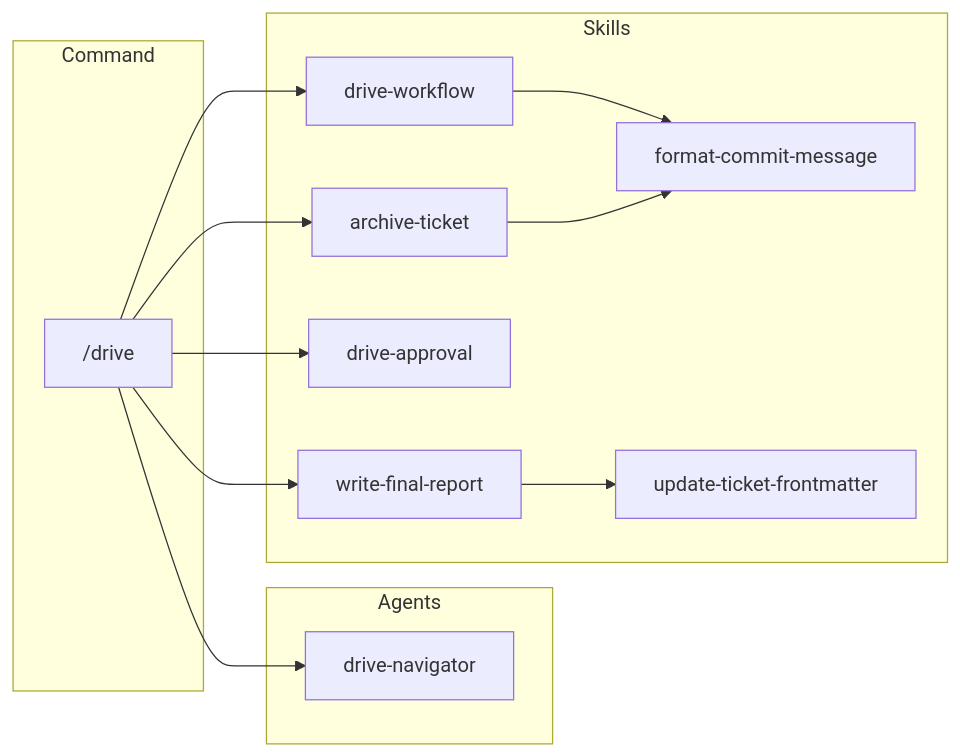
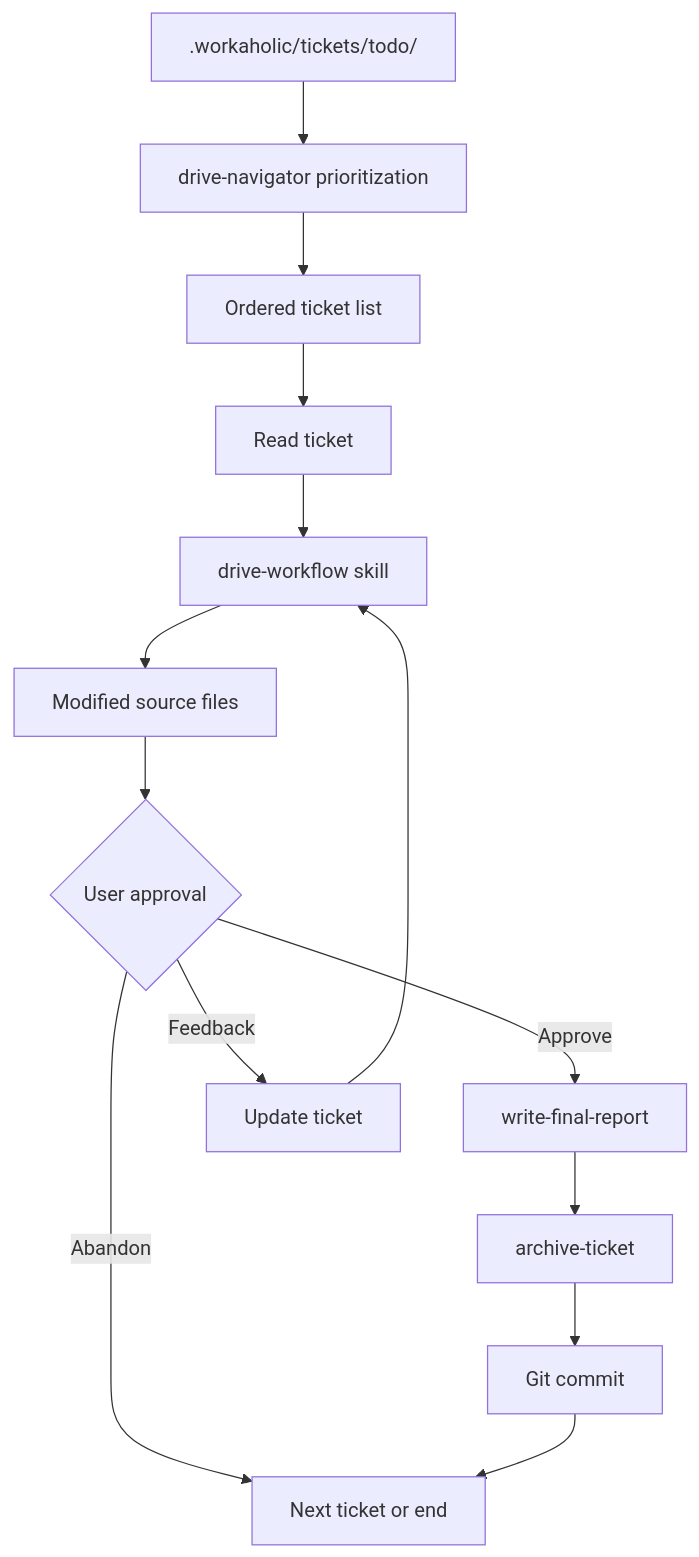
Before and after one commit to qmu/workaholic: the sixth of 8 diagrams in .workaholic/specs/application_ja.md, drawn with Mermaid. The commit also changed other lines of this file and 42 other files, not shown here.

````diff
--- a/.workaholic/specs/application_ja.md
+++ b/.workaholic/specs/application_ja.md
@@ -58,26 +213,18 @@
 ```mermaid
-flowchart LR
-    subgraph Command
-        drive["/drive"]
-    end
+flowchart TD
+    Queue[.workaholic/tickets/todo/] --> Navigate[drive-navigator prioritization]
+    Navigate --> Order[Ordered ticket list]
+    Order --> Read[Read ticket]
+    Read --> Implement[drive-workflow skill]
+    Implement --> Changes[Modified source files]
+    Changes --> Approval{User approval}
 
-    subgraph Agents
-        dn[drive-navigator]
-    end
+    Approval -->|Approve| Report[write-final-report]
+    Approval -->|Feedback| Update[Update ticket]
+    Approval -->|Abandon| Next
 
-    subgraph Skills
-        dw[drive-workflow]
-        at[archive-ticket]
-        da[drive-approval]
-        wfr[write-final-report]
-        fcm[format-commit-message]
-        utf[update-ticket-frontmatter]
-    end
-
-    drive --> dn
-    drive --> dw & at & da & wfr
-
-    dw --> fcm
-    at --> fcm
-    wfr --> utf
+    Report --> Archive[archive-ticket]
+    Archive --> Commit[Git commit]
+    Commit --> Next[Next ticket or end]
+    Update --> Implement
 ```
````
